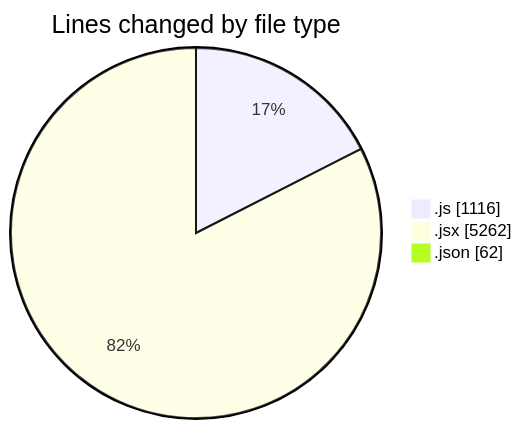
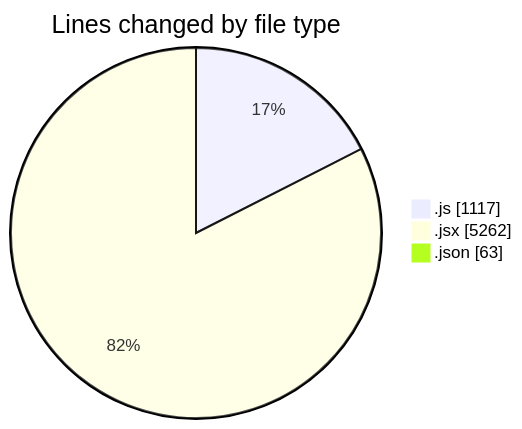
The first of 2 diagrams in 2025-08-07/nxtqube_webapp/README.md (nxtqubesakshisongat/code-tracking), drawn with Mermaid before and after one commit. The commit also changed other lines of this file and 1 other file, not shown here.

````diff
--- a/2025-08-07/nxtqube_webapp/README.md
+++ b/2025-08-07/nxtqube_webapp/README.md
@@ -25,7 +25,7 @@
 ```mermaid
 pie showData
 title Lines changed by file type
-".js" : 1116
+".js" : 1117
 ".jsx" : 5262
-".json" : 62
+".json" : 63
 ```
````
